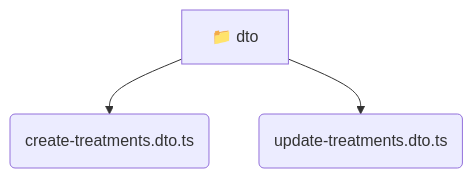
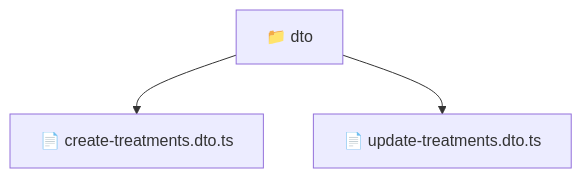
Before and after one commit to beginwebdev2002/fullstack-mavluda: the diagram in backend/src/modules/treatments/presentation/dto/README.md, drawn with Mermaid. The commit also changed other lines of this file and 163 other files, not shown here.

````diff
--- a/backend/src/modules/treatments/presentation/dto/README.md
+++ b/backend/src/modules/treatments/presentation/dto/README.md
@@ -9,6 +10,6 @@
 ```mermaid
 graph TD
-  dto[📁 dto]
-  dto --> dto_create_treatments_dto_ts(create-treatments.dto.ts)
-  dto --> dto_update_treatments_dto_ts(update-treatments.dto.ts)
+  Root["📁 dto"]
+  Root --> createtreatmentsdtots["📄 create-treatments.dto.ts"]
+  Root --> updatetreatmentsdtots["📄 update-treatments.dto.ts"]
 ```
````
